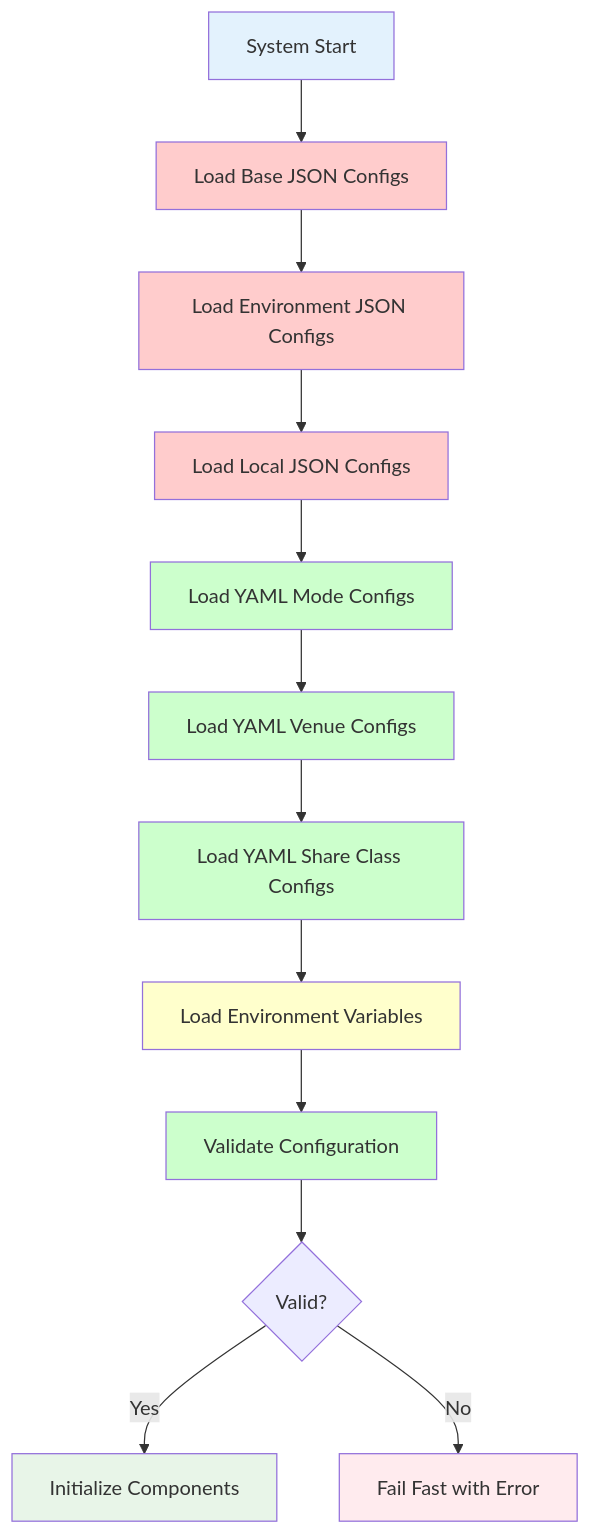
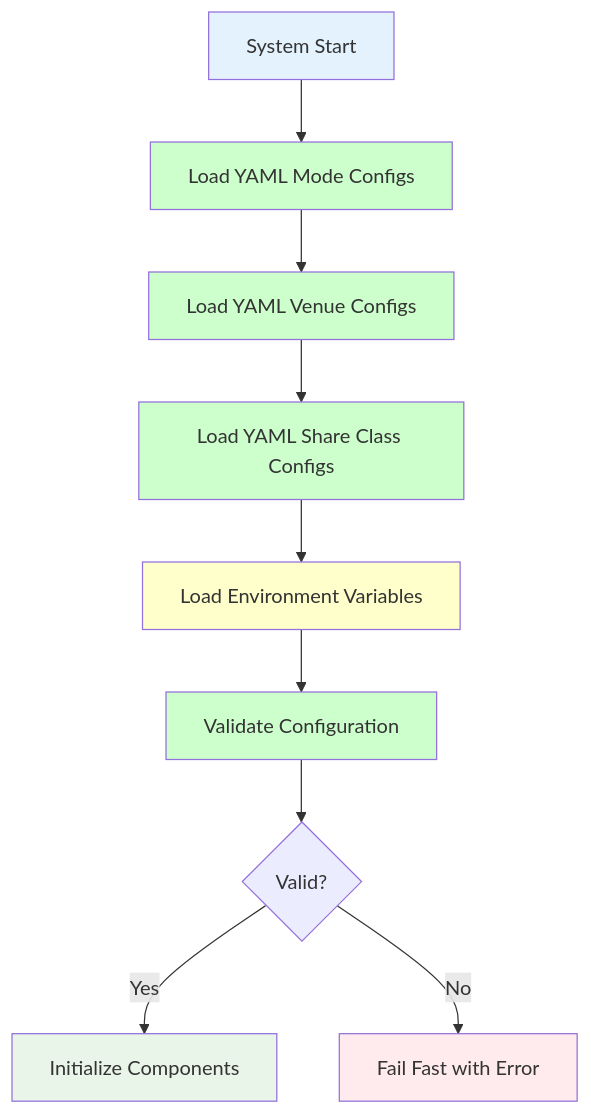
Before and after one commit to IggyIkenna/basis-strategy-v1: diagram 20 of 48 in docs/WORKFLOW_GUIDE.md, drawn with Mermaid. The commit also changed other lines of this file and 205 other files, not shown here.

````diff
--- a/docs/WORKFLOW_GUIDE.md
+++ b/docs/WORKFLOW_GUIDE.md
@@ -91,27 +647,21 @@
 ```mermaid
 graph TD
-    A[System Start] --> B[Load Base JSON Configs]
-    B --> C[Load Environment JSON Configs]
-    C --> D[Load Local JSON Configs]
-    D --> E[Load YAML Mode Configs]
-    E --> F[Load YAML Venue Configs]
-    F --> G[Load YAML Share Class Configs]
-    G --> H[Load Environment Variables]
-    H --> I[Validate Configuration]
-    I --> J{Valid?}
-    J -->|Yes| K[Initialize Components]
-    J -->|No| L[Fail Fast with Error]
+    A[System Start] --> B[Load YAML Mode Configs]
+    B --> C[Load YAML Venue Configs]
+    C --> D[Load YAML Share Class Configs]
+    D --> E[Load Environment Variables]
+    E --> F[Validate Configuration]
+    F --> G{Valid?}
+    G -->|Yes| H[Initialize Components]
+    G -->|No| I[Fail Fast with Error]
     
-    style B fill:#ffcccc
-    style C fill:#ffcccc
-    style D fill:#ffcccc
-    style E fill:#ccffcc
+    style B fill:#ccffcc
+    style C fill:#ccffcc
+    style D fill:#ccffcc
+    style E fill:#ffffcc
     style F fill:#ccffcc
-    style G fill:#ccffcc
-    style H fill:#ffffcc
-    style I fill:#ccffcc
     
     style A fill:#e3f2fd
-    style K fill:#e8f5e8
-    style L fill:#ffebee
+    style H fill:#e8f5e8
+    style I fill:#ffebee
 ```
````
